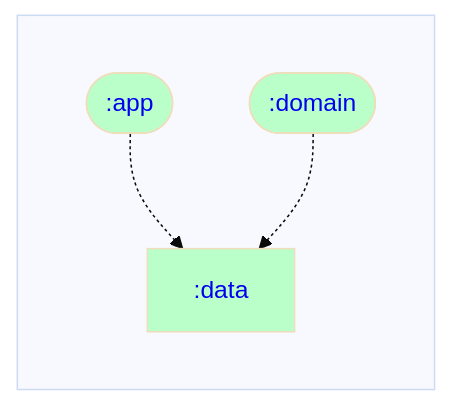
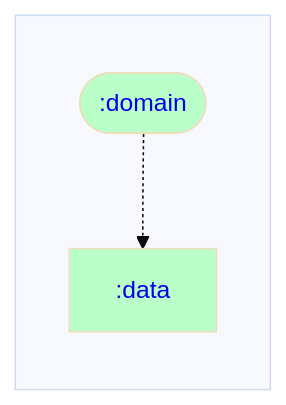
Before and after one commit to ARES-ID/Daedalus: the diagram in data/dependencyGraph.md, drawn with Mermaid. The commit also changed 8 other files, not shown here.

````diff
--- a/data/dependencyGraph.md
+++ b/data/dependencyGraph.md
@@ -1,24 +1,22 @@
 ```mermaid
 %%{ init: { 'theme': 'base' } }%%
 graph LR;
 
 %% Styling for module nodes by type
 classDef rootNode stroke-width:4px;
 classDef mppNode fill:#ffd2b3,color:#333333;
 classDef andNode fill:#baffc9,color:#333333;
 classDef javaNode fill:#ffb3ba,color:#333333;
 
 %% Modules
 subgraph  
   direction TB;
-  :app([<a href='https://github.com/rjspies/Daedalus/blob/main/app/dependencyGraph.md' style='text-decoration:auto'>:app</a>]):::andNode;
   :data[<a href='https://github.com/rjspies/Daedalus/blob/main/data/dependencyGraph.md' style='text-decoration:auto'>:data</a>]:::andNode;
   :domain([<a href='https://github.com/rjspies/Daedalus/blob/main/domain/dependencyGraph.md' style='text-decoration:auto'>:domain</a>]):::andNode;
 end
 
 %% Dependencies
 
 %% Dependents
-:app-.->:data
 :domain-.->:data
 ```
````
